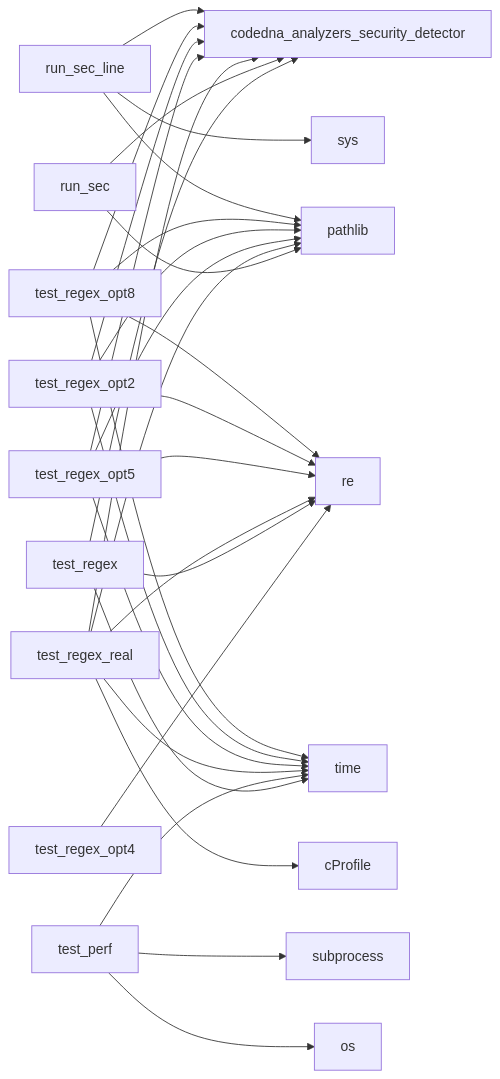
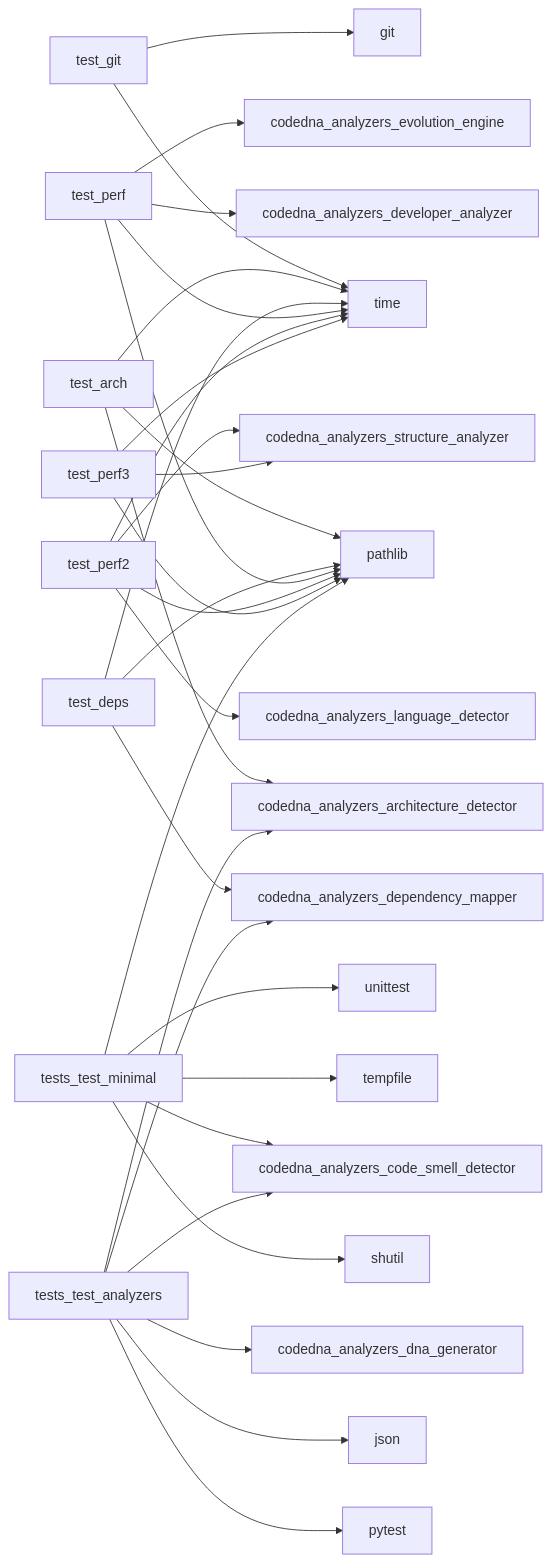
Before and after one commit to shenald-dev/codedna: the diagram in reports/dna_report.md, drawn with Mermaid. The commit also changed other lines of this file and 12 other files, not shown here.

First line of the commit message:
perf: lazy load heavy analyzer modules to optimize CLI startup

````diff
--- a/reports/dna_report.md
+++ b/reports/dna_report.md
@@ -51,32 +51,33 @@
 ```mermaid
 graph LR
-    run_sec_line --> codedna_analyzers_security_detector
-    run_sec_line --> sys
-    run_sec_line --> pathlib
-    test_regex_opt8 --> re
-    test_regex_opt8 --> time
-    test_regex_opt8 --> codedna_analyzers_security_detector
-    test_regex_opt8 --> pathlib
-    test_regex_opt2 --> re
-    test_regex_opt2 --> time
-    test_regex_opt2 --> codedna_analyzers_security_detector
-    test_regex_opt2 --> pathlib
-    test_regex_opt5 --> re
-    test_regex_opt5 --> time
-    test_regex_opt5 --> codedna_analyzers_security_detector
-    test_regex_opt5 --> pathlib
-    test_regex_real --> re
-    test_regex_real --> time
-    test_regex_real --> cProfile
-    test_regex_real --> pathlib
-    test_regex_real --> codedna_analyzers_security_detector
+    test_git --> time
+    test_git --> git
+    test_arch --> time
+    test_arch --> pathlib
+    test_arch --> codedna_analyzers_architecture_detector
+    test_deps --> time
+    test_deps --> pathlib
+    test_deps --> codedna_analyzers_dependency_mapper
     test_perf --> time
-    test_perf --> subprocess
-    test_perf --> os
-    run_sec --> codedna_analyzers_security_detector
-    run_sec --> pathlib
-    test_regex --> re
-    test_regex --> time
-    test_regex --> codedna_analyzers_security_detector
-    test_regex_opt4 --> re
+    test_perf --> pathlib
+    test_perf --> codedna_analyzers_developer_analyzer
+    test_perf --> codedna_analyzers_evolution_engine
+    test_perf2 --> time
+    test_perf2 --> pathlib
+    test_perf2 --> codedna_analyzers_structure_analyzer
+    test_perf2 --> codedna_analyzers_language_detector
+    test_perf3 --> time
+    test_perf3 --> pathlib
+    test_perf3 --> codedna_analyzers_structure_analyzer
+    tests_test_minimal --> shutil
+    tests_test_minimal --> tempfile
+    tests_test_minimal --> unittest
+    tests_test_minimal --> pathlib
+    tests_test_minimal --> codedna_analyzers_code_smell_detector
+    tests_test_analyzers --> pytest
+    tests_test_analyzers --> json
+    tests_test_analyzers --> codedna_analyzers_architecture_detector
+    tests_test_analyzers --> codedna_analyzers_code_smell_detector
+    tests_test_analyzers --> codedna_analyzers_dependency_mapper
+    tests_test_analyzers --> codedna_analyzers_dna_generator
 ```
````
